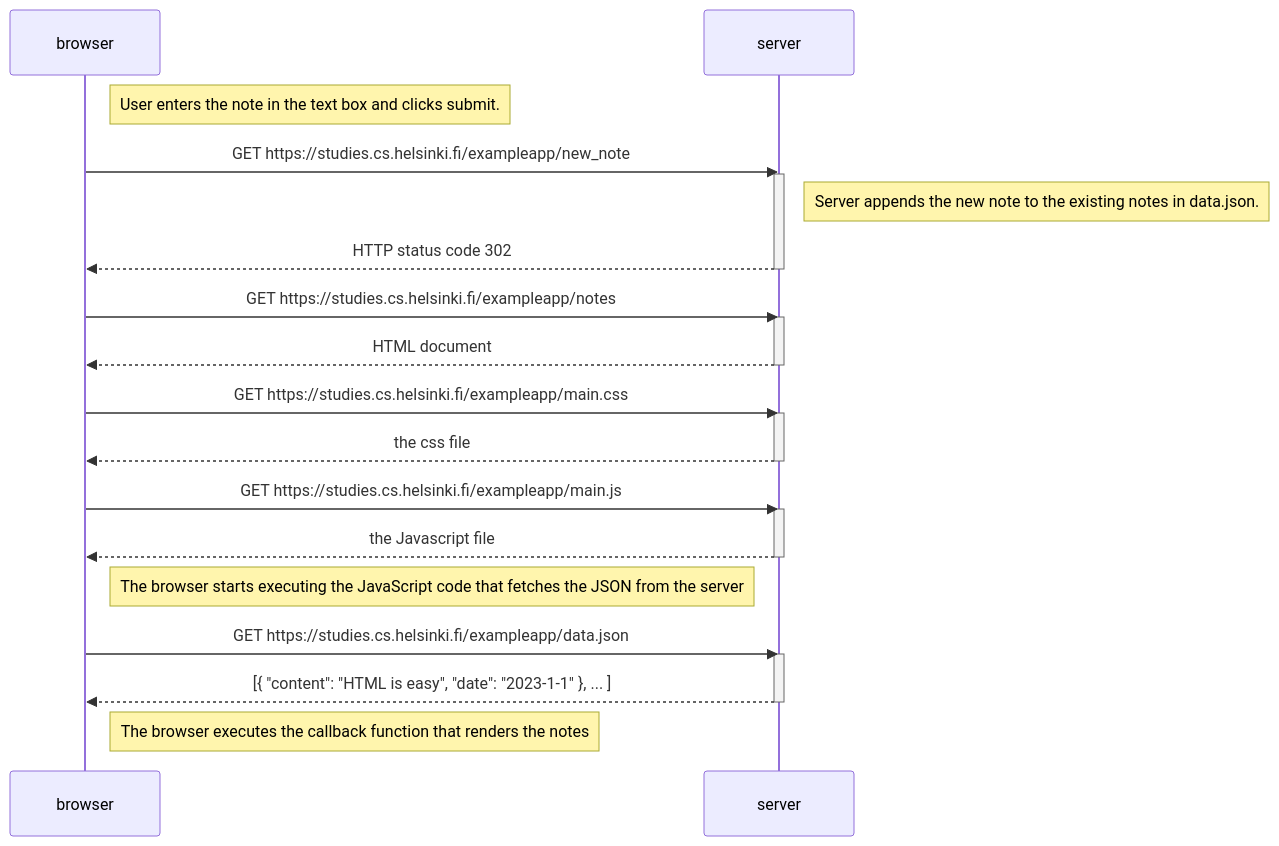
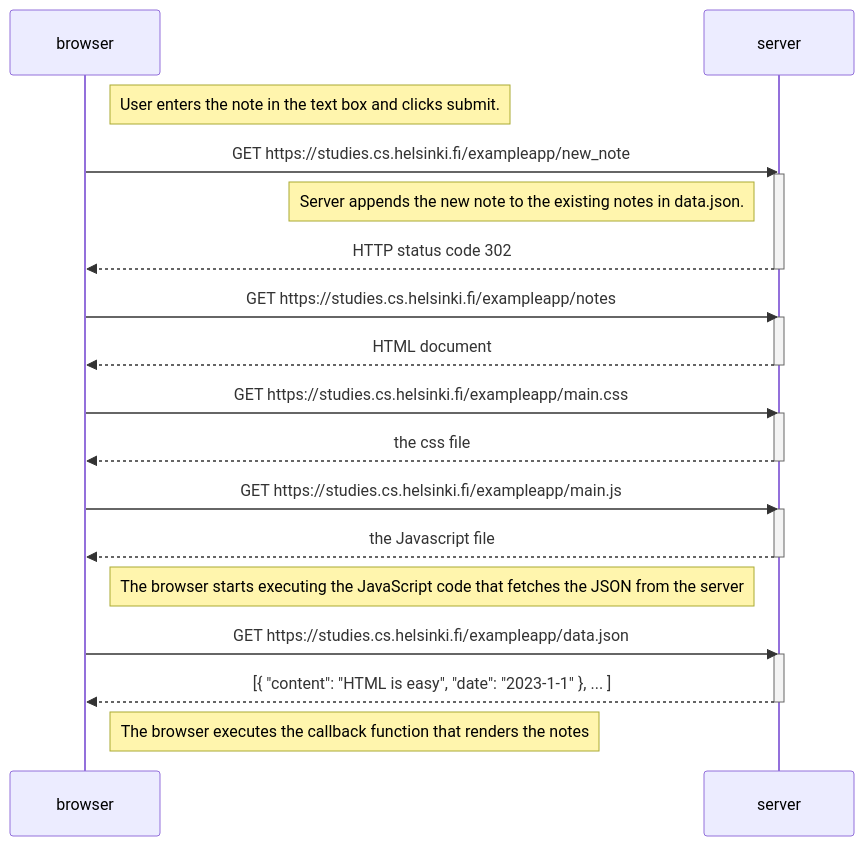
The diagram in part0/Exercise_0.4.mmd (Pranathi-star/Full-Stack-Open-Deep-Dive-Into-Modern-Web-Development), drawn with Mermaid before and after one commit.

Commit message:
Modified solution for eercise 0.4

```diff
--- a/part0/Exercise_0.4.mmd
+++ b/part0/Exercise_0.4.mmd
@@ -1,37 +1,37 @@
 sequenceDiagram
     participant browser
     participant server
 
     Note right of browser: User enters the note in the text box and clicks submit. 
     
     browser->>server: GET https://studies.cs.helsinki.fi/exampleapp/new_note
     activate server
     
-    Note right of server: Server appends the new note to the existing notes in data.json.
+    Note left of server: Server appends the new note to the existing notes in data.json.
 
     server-->>browser: HTTP status code 302
     deactivate server
 
     browser->>server: GET https://studies.cs.helsinki.fi/exampleapp/notes
     activate server
     server-->>browser: HTML document
     deactivate server
 
     browser->>server: GET https://studies.cs.helsinki.fi/exampleapp/main.css
     activate server
     server-->>browser: the css file
     deactivate server
 
     browser->>server: GET https://studies.cs.helsinki.fi/exampleapp/main.js
     activate server
     server-->>browser: the Javascript file
     deactivate server
 
     Note right of browser: The browser starts executing the JavaScript code that fetches the JSON from the server
 
     browser->>server: GET https://studies.cs.helsinki.fi/exampleapp/data.json
     activate server
     server-->>browser: [{ "content": "HTML is easy", "date": "2023-1-1" }, ... ]
     deactivate server
 
     Note right of browser: The browser executes the callback function that renders the notes
```
